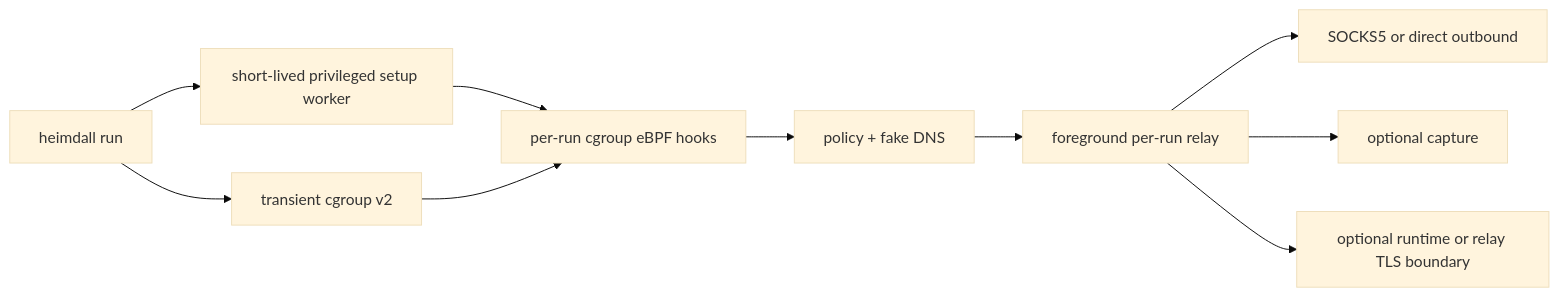
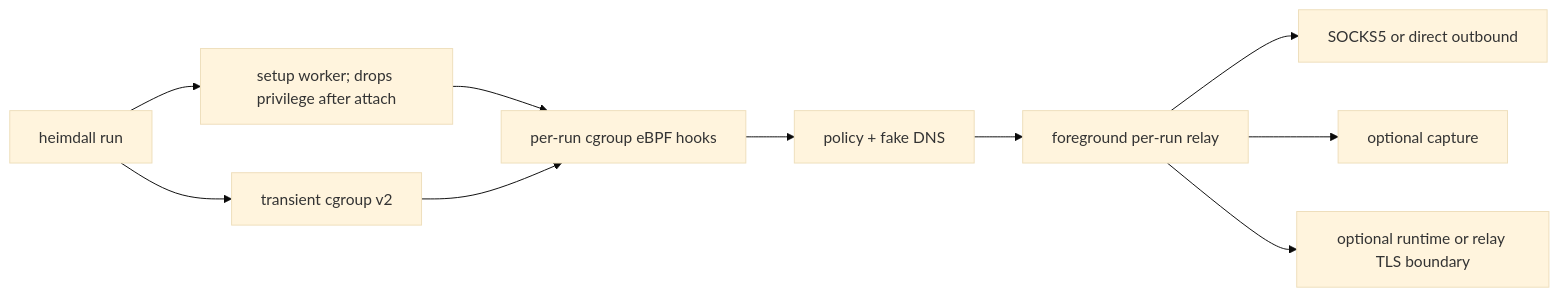
The diagram in README.md (dravengarden/heimdall), drawn with Mermaid (base theme) before and after one commit. The commit also changed other lines of this file and 26 other files, not shown here.

````diff
--- a/README.md
+++ b/README.md
@@ -72,12 +72,12 @@
 ```mermaid
 flowchart LR
     C[heimdall run] --> G[transient cgroup v2]
-    C --> W[short-lived privileged setup worker]
+    C --> W[setup worker; drops privilege after attach]
     W --> E[per-run cgroup eBPF hooks]
     G --> E
     E --> P[policy + fake DNS]
     P --> R[foreground per-run relay]
     R --> S[SOCKS5 or direct outbound]
     R --> X[optional capture]
     R --> T[optional runtime or relay TLS boundary]
 ```
````
